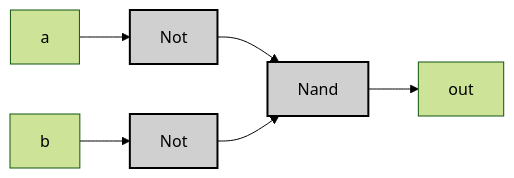
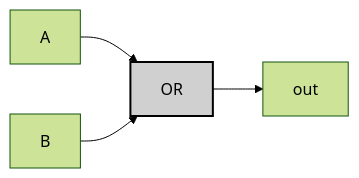
One commit to MeJamoLeo/Vault_Templates changed the first of 2 diagrams in 99_Projects/Nand2Tetris/HackHDL/03_Or.md. Above: the diagram before and after it, drawn with Mermaid (forest theme). The commit also changed other lines of this file, not shown here.

````diff
--- a/99_Projects/Nand2Tetris/HackHDL/03_Or.md
+++ b/99_Projects/Nand2Tetris/HackHDL/03_Or.md
@@ -73,10 +87,8 @@
 ```mermaid
 graph LR;
-    a["a"] --> nota["Not"]:::gate;
-    b["b"] --> notb["Not"]:::gate;
-    nota --> nand0["Nand"]:::gate;
-    notb --> nand0;
-    nand0 --> out["out"];
+    A["A"] --> OrGate["OR"]:::gate;
+    B["B"] --> OrGate;
+    OrGate --> OUT["out"];
     
     classDef gate fill:#d0d0d0,stroke:#000,stroke-width:2px;
 ```
````
